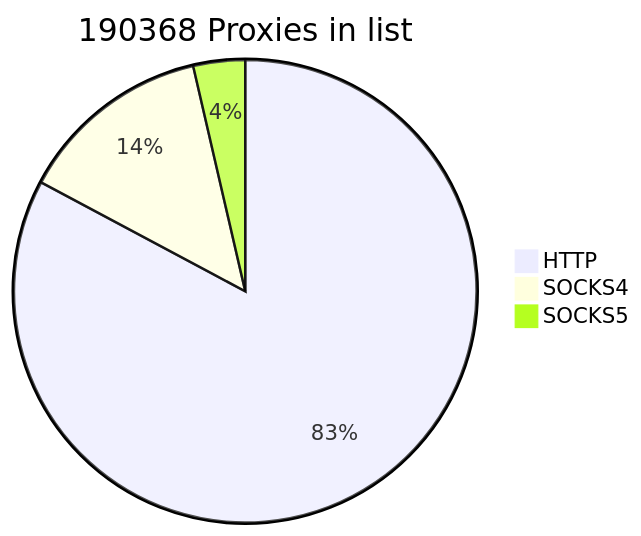
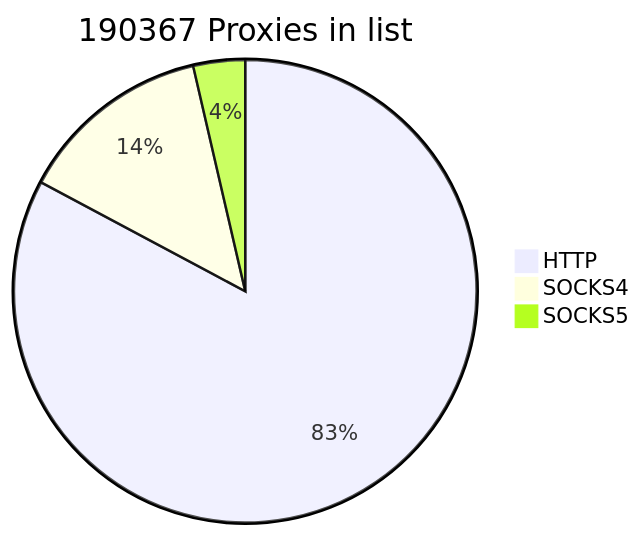
Before and after one commit to cutipu/proxylist: the first of 2 diagrams in README.md, drawn with Mermaid. The commit also changed other lines of this file, not shown here.

````diff
--- a/README.md
+++ b/README.md
@@ -2,7 +2,7 @@
 ```mermaid
-pie title 190368 Proxies in list
+pie title 190367 Proxies in list
     "HTTP" : 157621
-    "SOCKS4" : 25860
+    "SOCKS4" : 25859
     "SOCKS5" : 6887
             
 ```
````
